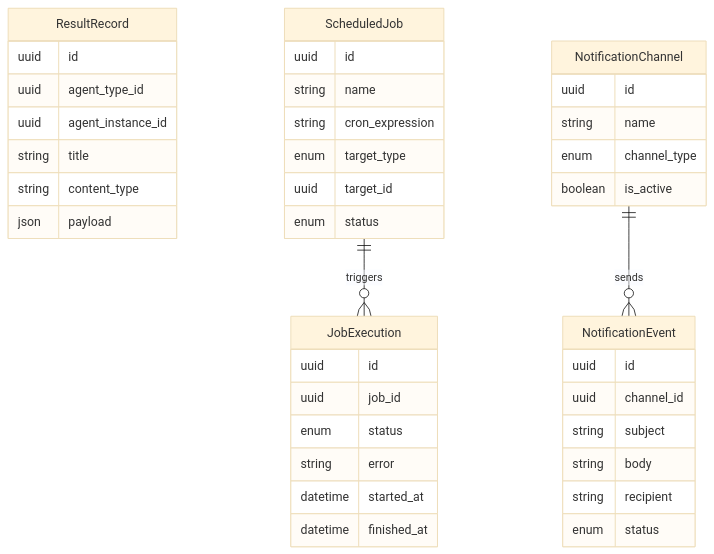
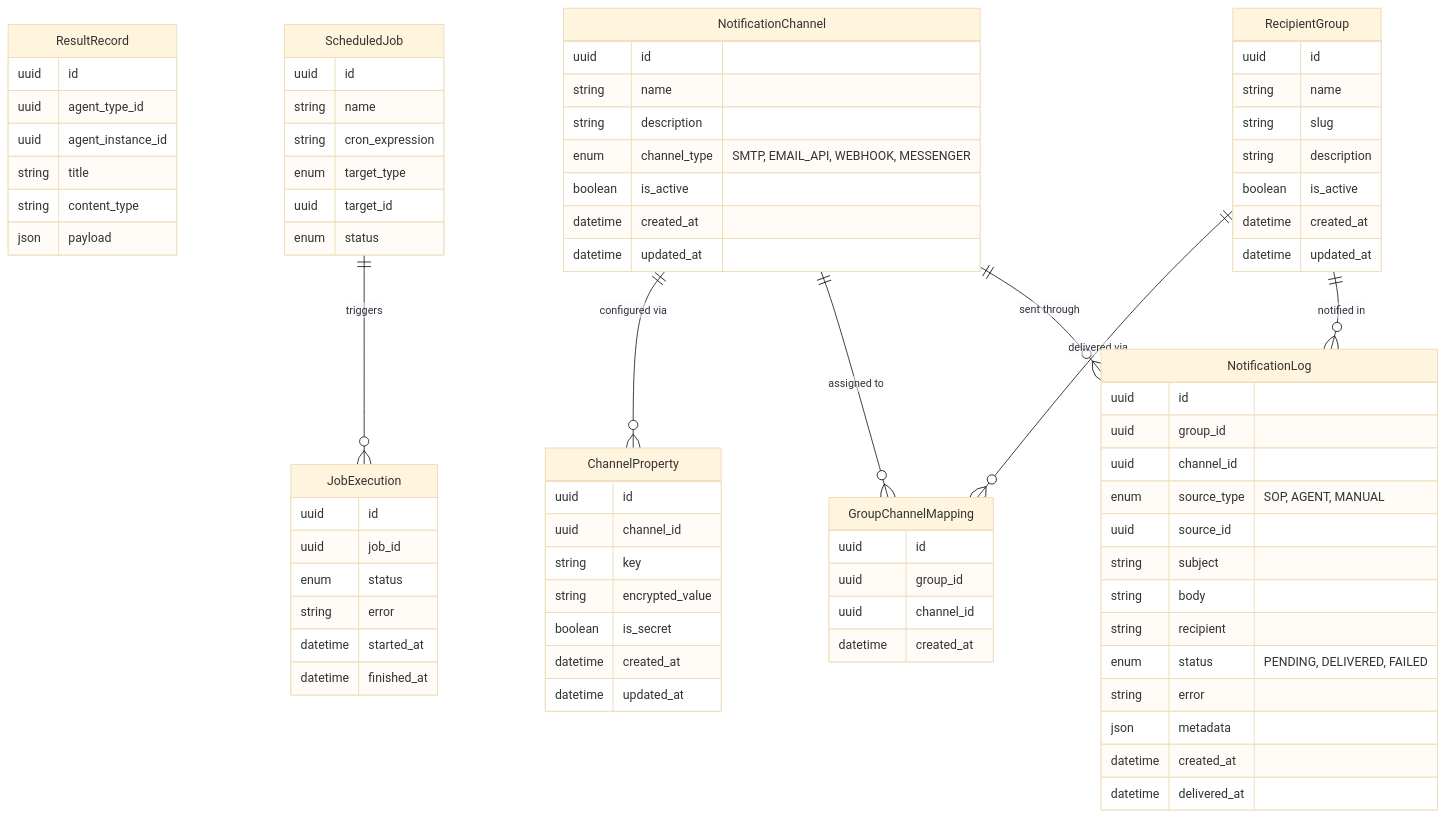
The eighth of 9 diagrams in docs/master/data-model/overview.md (hurungang/parthenon), drawn with Mermaid (base theme) before and after one commit. The commit also changed other lines of this file and 496 other files, not shown here.

````diff
--- a/docs/master/data-model/overview.md
+++ b/docs/master/data-model/overview.md
@@ -446,44 +533,82 @@
 ```mermaid
 erDiagram
     ResultRecord {
         uuid id
         uuid agent_type_id
         uuid agent_instance_id
         string title
         string content_type
         json payload
     }
     ScheduledJob {
         uuid id
         string name
         string cron_expression
         enum target_type
         uuid target_id
         enum status
     }
     JobExecution {
         uuid id
         uuid job_id
         enum status
         string error
         datetime started_at
         datetime finished_at
     }
     NotificationChannel {
         uuid id
         string name
-        enum channel_type
+        string description
+        enum channel_type "SMTP, EMAIL_API, WEBHOOK, MESSENGER"
         boolean is_active
+        datetime created_at
+        datetime updated_at
     }
-    NotificationEvent {
+    ChannelProperty {
         uuid id
         uuid channel_id
+        string key
+        string encrypted_value
+        boolean is_secret
+        datetime created_at
+        datetime updated_at
+    }
+    RecipientGroup {
+        uuid id
+        string name
+        string slug
+        string description
+        boolean is_active
+        datetime created_at
+        datetime updated_at
+    }
+    GroupChannelMapping {
+        uuid id
+        uuid group_id
+        uuid channel_id
+        datetime created_at
+    }
+    NotificationLog {
+        uuid id
+        uuid group_id
+        uuid channel_id
+        enum source_type "SOP, AGENT, MANUAL"
+        uuid source_id
         string subject
         string body
         string recipient
-        enum status
+        enum status "PENDING, DELIVERED, FAILED"
+        string error
+        json metadata
+        datetime created_at
+        datetime delivered_at
     }
 
     ScheduledJob ||--o{ JobExecution : "triggers"
-    NotificationChannel ||--o{ NotificationEvent : "sends"
+    NotificationChannel ||--o{ ChannelProperty : "configured via"
+    NotificationChannel ||--o{ GroupChannelMapping : "assigned to"
+    RecipientGroup ||--o{ GroupChannelMapping : "delivered via"
+    RecipientGroup ||--o{ NotificationLog : "notified in"
+    NotificationChannel ||--o{ NotificationLog : "sent through"
 ```
````
